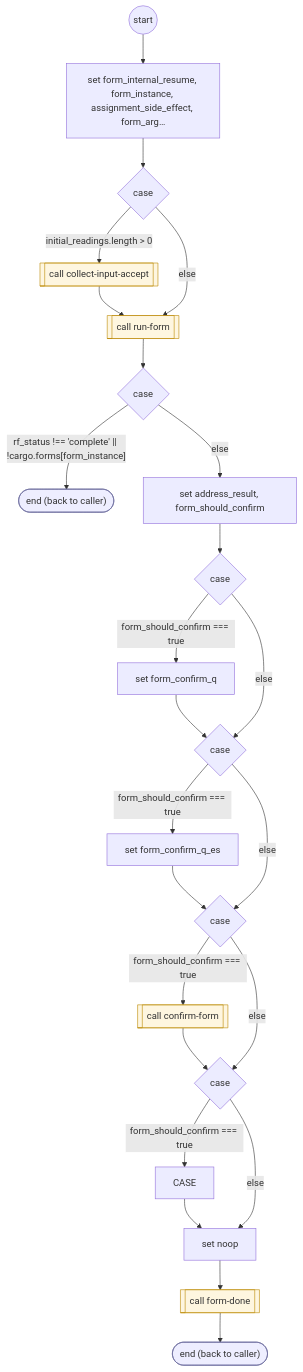
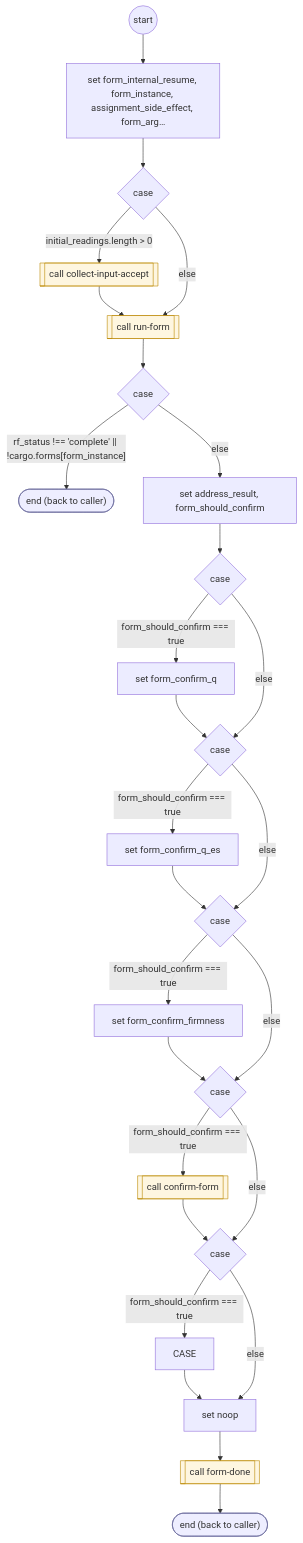
The second of 2 diagrams in docs/flows/system/collect-geocoded-address.md (ronpinkas/jsfe), drawn with Mermaid before and after one commit. The commit also changed 7 other files, not shown here.

First line of the commit message:
jsfe docs: system flow pages regenerated from the synced set (contact-support reads exit_outcome; ProvideData/ProviderMenu declare resolved); the host-cargo table drops cargo.sessionResolved, which no host writes since the flows read $outcome.

````diff
--- a/docs/flows/system/collect-geocoded-address.md
+++ b/docs/flows/system/collect-geocoded-address.md
@@ -46,55 +46,60 @@
 ```mermaid
 flowchart TD
    START(("start"))
    n0["set form_internal_resume, form_instance, assignment_side_effect, form_arg…"]
    START --> n0
    c1{"case"}
    n0 --> c1
    b2[["call collect-input-accept"]]
    class b2 flowstep
    c1 -- "initial_readings.length #gt; 0" --> b2
    n3[["call run-form"]]
    class n3 flowstep
    b2 --> n3
    c1 -- "else" --> n3
    c4{"case"}
    n3 --> c4
    b5(["end (back to caller)"])
    class b5 endstep
    c4 -- "rf_status !== 'complete' #124;#124; !cargo.forms[form_instance]" --> b5
    n6["set address_result, form_should_confirm"]
    c4 -- "else" --> n6
    c7{"case"}
    n6 --> c7
    b8["set form_confirm_q"]
    c7 -- "form_should_confirm === true" --> b8
    c9{"case"}
    b8 --> c9
    c7 -- "else" --> c9
    b10["set form_confirm_q_es"]
    c9 -- "form_should_confirm === true" --> b10
    c11{"case"}
    b10 --> c11
    c9 -- "else" --> c11
-   b12[["call confirm-form"]]
-   class b12 flowstep
+   b12["set form_confirm_firmness"]
    c11 -- "form_should_confirm === true" --> b12
    c13{"case"}
    b12 --> c13
    c11 -- "else" --> c13
-   b14["CASE"]
+   b14[["call confirm-form"]]
+   class b14 flowstep
    c13 -- "form_should_confirm === true" --> b14
-   n15["set noop"]
-   b14 --> n15
-   c13 -- "else" --> n15
-   n16[["call form-done"]]
-   class n16 flowstep
-   n15 --> n16
+   c15{"case"}
+   b14 --> c15
+   c13 -- "else" --> c15
+   b16["CASE"]
+   c15 -- "form_should_confirm === true" --> b16
+   n17["set noop"]
+   b16 --> n17
+   c15 -- "else" --> n17
+   n18[["call form-done"]]
+   class n18 flowstep
+   n17 --> n18
    DONE(["end (back to caller)"])
    class DONE endstep
-   n16 --> DONE
+   n18 --> DONE
    classDef endstep fill:#eef,stroke:#669
    classDef toolstep fill:#efe,stroke:#696
    classDef flowstep fill:#fef6e0,stroke:#b80
    classDef inputstep fill:#f3eefc,stroke:#75a
 ```
````
